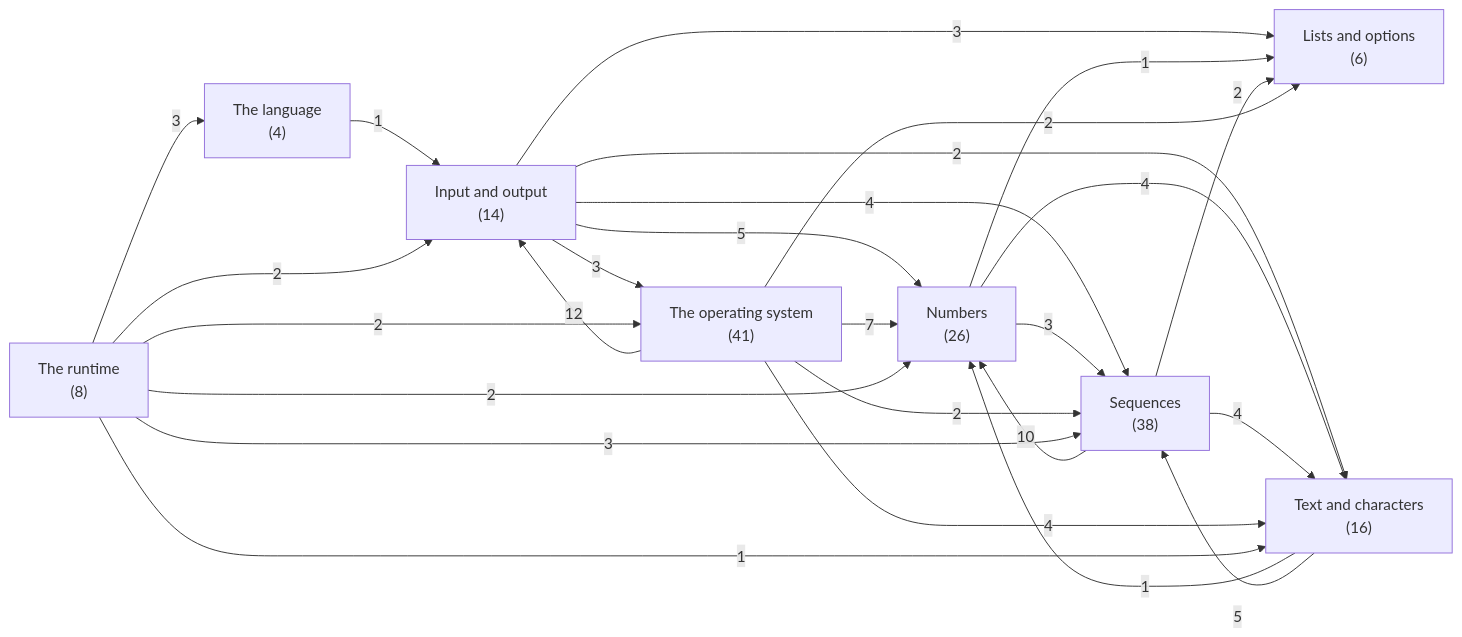
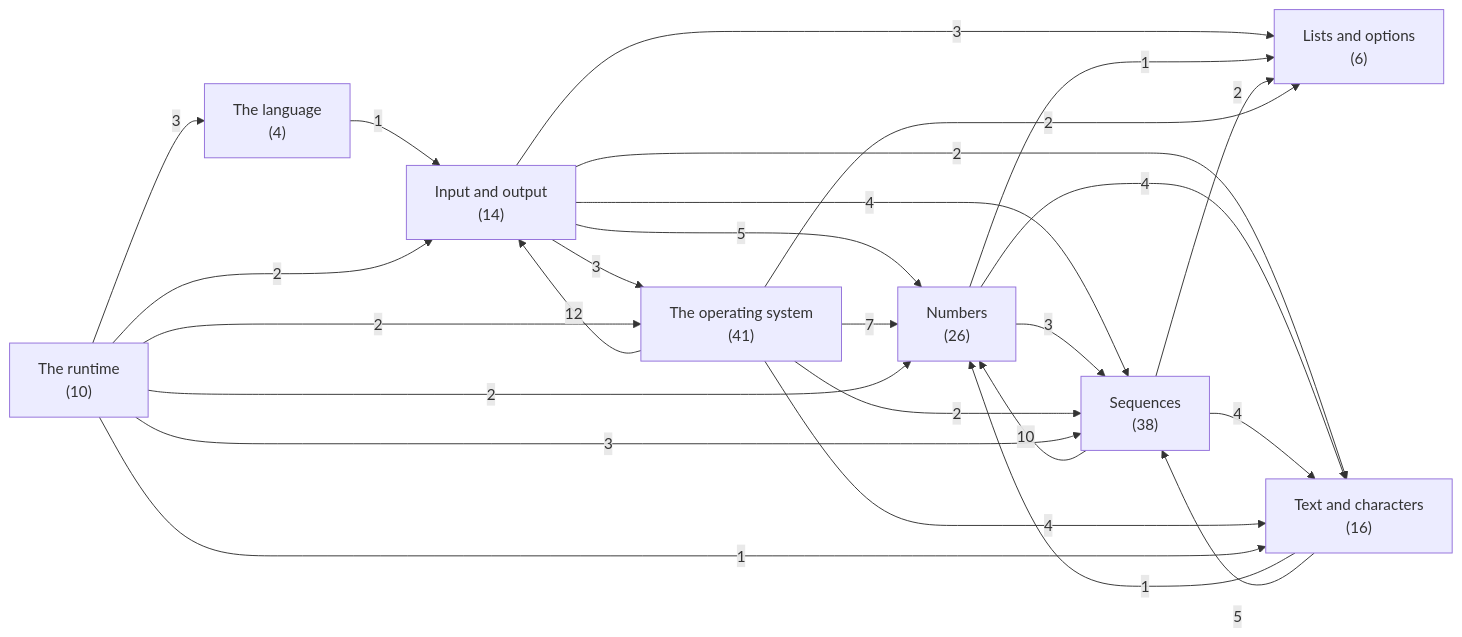
One commit to ruudkoot/rune changed the first of 9 diagrams in docs/generated/basis/depends.md. Above: the diagram before and after it, drawn with Mermaid. The commit also changed other lines of this file and 80 other files, not shown here.

````diff
--- a/docs/generated/basis/depends.md
+++ b/docs/generated/basis/depends.md
@@ -24,36 +24,36 @@
 ```mermaid
 flowchart LR
   a0["The language<br>(4)"]
   a1["Text and characters<br>(16)"]
   a2["Lists and options<br>(6)"]
   a3["Numbers<br>(26)"]
   a4["Sequences<br>(38)"]
   a5["The operating system<br>(41)"]
   a6["Input and output<br>(14)"]
-  a7["The runtime<br>(8)"]
+  a7["The runtime<br>(10)"]
   a6 -- 3 --> a2
   a6 -- 5 --> a3
   a6 -- 4 --> a4
   a6 -- 2 --> a1
   a6 -- 3 --> a5
   a3 -- 1 --> a2
   a3 -- 3 --> a4
   a3 -- 4 --> a1
   a4 -- 2 --> a2
   a4 -- 10 --> a3
   a4 -- 4 --> a1
   a1 -- 1 --> a3
   a1 -- 5 --> a4
   a0 -- 1 --> a6
   a5 -- 12 --> a6
   a5 -- 2 --> a2
   a5 -- 7 --> a3
   a5 -- 2 --> a4
   a5 -- 4 --> a1
   a7 -- 2 --> a6
   a7 -- 2 --> a3
   a7 -- 3 --> a4
   a7 -- 1 --> a1
   a7 -- 3 --> a0
   a7 -- 2 --> a5
 ```
````
